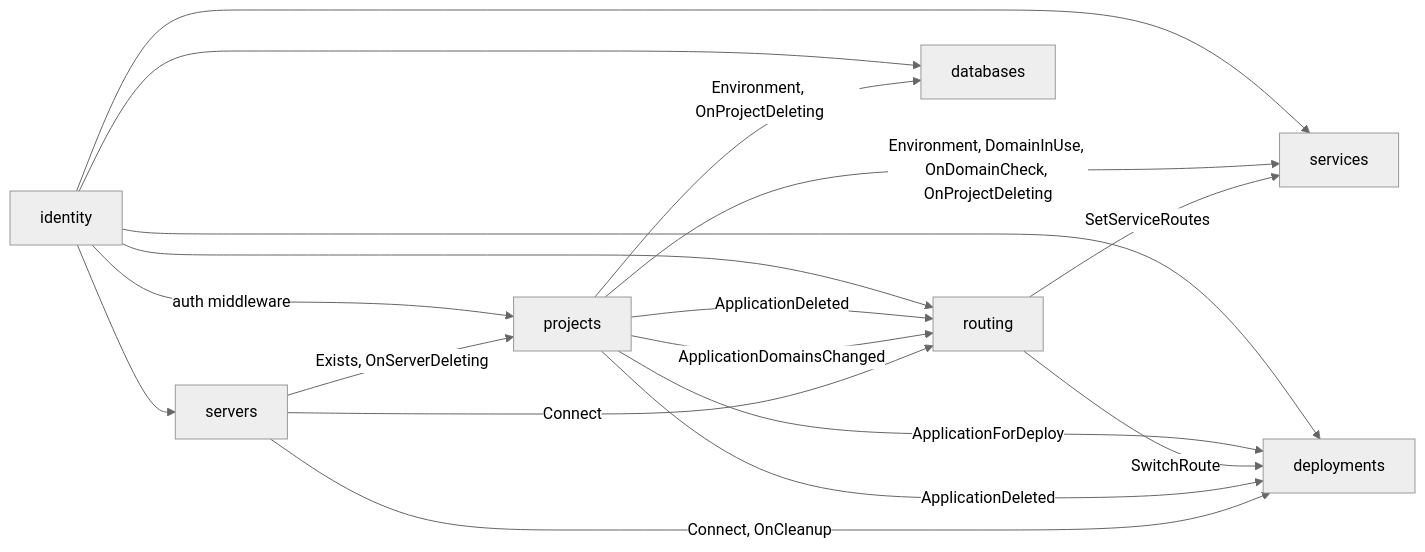
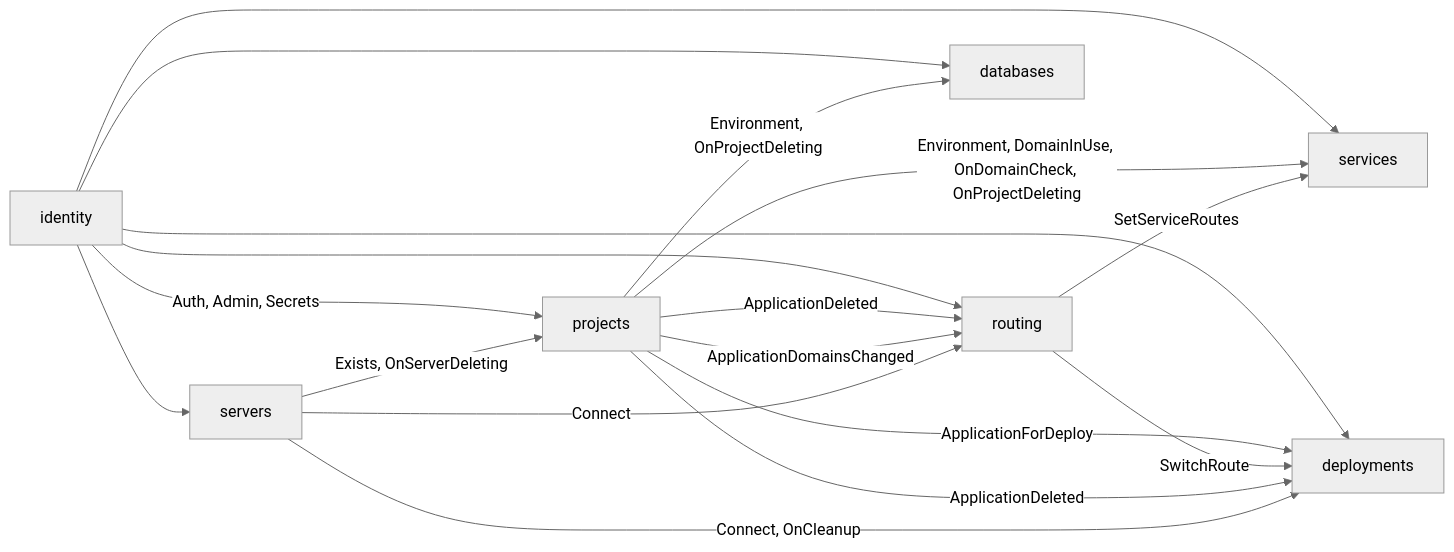
Before and after one commit to jevido/bakery: the diagram in docs/domain/context-map.md, drawn with Mermaid (neutral theme). The commit also changed other lines of this file and 2 other files, not shown here.

First line of the commit message:
docs: Members, Roles, Invitations and API tokens in identity

````diff
--- a/docs/domain/context-map.md
+++ b/docs/domain/context-map.md
@@ -58,20 +58,20 @@
 ```mermaid
 flowchart LR
-  identity -->|auth middleware| projects
+  identity -->|Auth, Admin, Secrets| projects
   identity --> deployments
   identity --> routing
   projects -->|ApplicationForDeploy| deployments
   routing -->|SwitchRoute| deployments
   projects -->|ApplicationDeleted| routing
   projects -->|ApplicationDeleted| deployments
   projects -->|ApplicationDomainsChanged| routing
   identity --> databases
   projects -->|Environment, OnProjectDeleting| databases
   identity --> services
   projects -->|Environment, DomainInUse, OnDomainCheck, OnProjectDeleting| services
   routing -->|SetServiceRoutes| services
   identity --> servers
   servers -->|Connect, OnCleanup| deployments
   servers -->|Connect| routing
   servers -->|Exists, OnServerDeleting| projects
 ```
````
